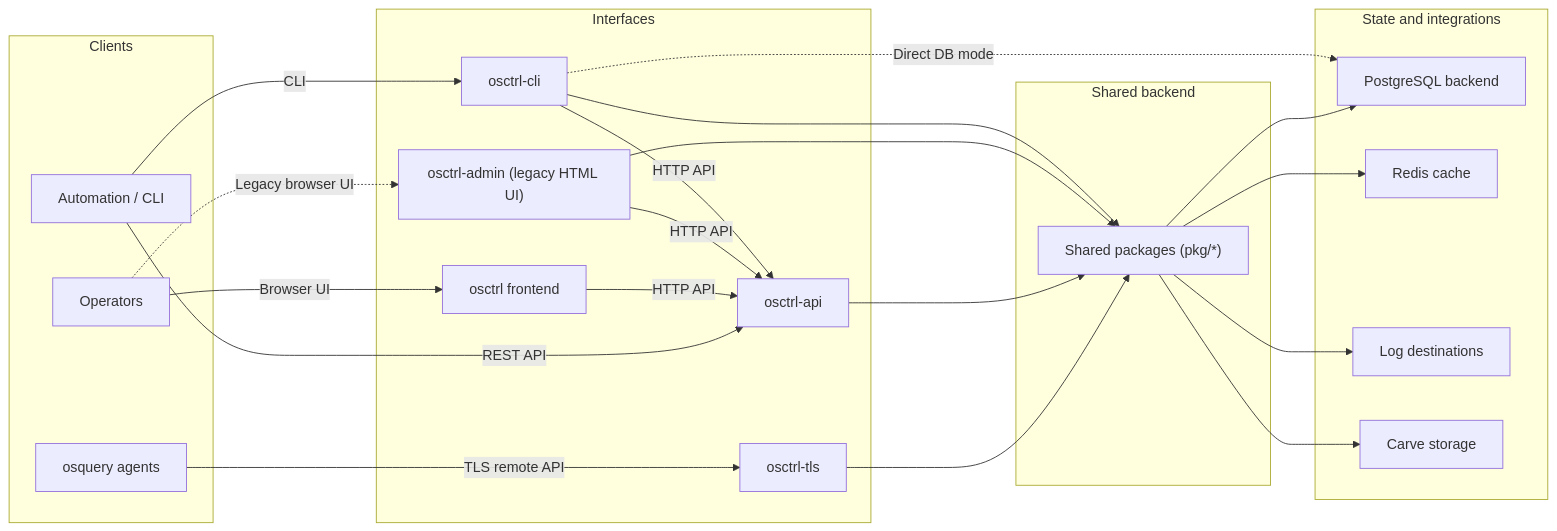
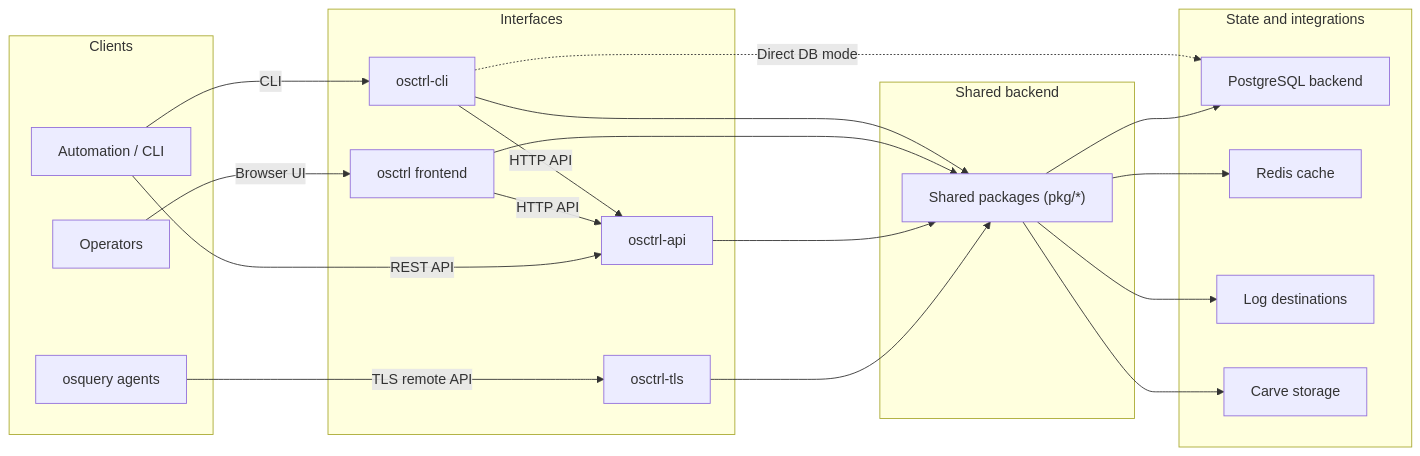
The diagram in README.md (jmpsec/osctrl), drawn with Mermaid before and after one commit. The commit also changed other lines of this file and 93 other files, not shown here.

Commit message:
Complete removal of osctrl-admin

````diff
--- a/README.md
+++ b/README.md
@@ -103,48 +99,45 @@
 ```mermaid
 flowchart LR
     subgraph Clients["Clients"]
         Agents["osquery agents"]
         Ops["Operators"]
         Tools["Automation / CLI"]
     end
 
     subgraph Interfaces["Interfaces"]
-        Tls["osctrl-tls"]
+        TLS["osctrl-tls"]
         Frontend["osctrl frontend"]
-        Admin["osctrl-admin (legacy HTML UI)"]
         API["osctrl-api"]
         CLI["osctrl-cli"]
     end
 
     subgraph Core["Shared backend"]
         Shared["Shared packages (pkg/*)"]
     end
 
     subgraph Data["State and integrations"]
         DB["PostgreSQL backend"]
         Redis["Redis cache"]
         Logs["Log destinations"]
         Carves["Carve storage"]
     end
 
-    Agents -->|TLS remote API| Tls
+    Agents -->|TLS remote API| TLS
     Ops -->|Browser UI| Frontend
-    Ops -.->|Legacy browser UI| Admin
     Tools -->|REST API| API
     Tools -->|CLI| CLI
 
     Frontend -->|HTTP API| API
-    Admin -->|HTTP API| API
     CLI -->|HTTP API| API
 
-    Tls --> Shared
+    TLS --> Shared
     API --> Shared
-    Admin --> Shared
+    Frontend --> Shared
     CLI --> Shared
 
     Shared --> DB
     Shared --> Redis
     Shared --> Logs
     Shared --> Carves
     CLI -.->|Direct DB mode| DB
 ```
````
